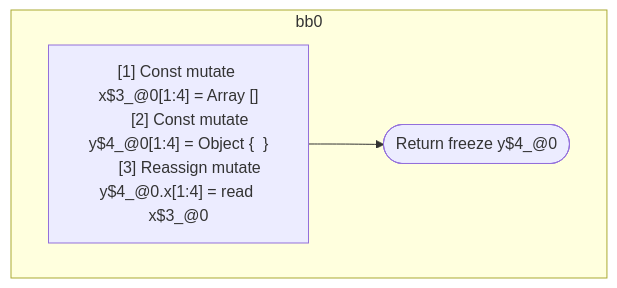
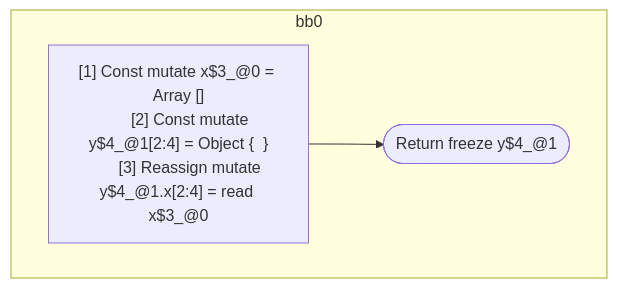
Before and after one commit to wutsmog/private: the diagram in compiler/forget/src/__tests__/fixtures/hir/ssa-property.expect.md, drawn with Mermaid. The commit also changed other lines of this file and 27 other files, not shown here.

````diff
--- a/compiler/forget/src/__tests__/fixtures/hir/ssa-property.expect.md
+++ b/compiler/forget/src/__tests__/fixtures/hir/ssa-property.expect.md
@@ -27,15 +28,15 @@
 ```mermaid
 flowchart TB
   %% Basic Blocks
   subgraph bb0
     bb0_instrs["
-      [1] Const mutate x$3_@0[1:4] = Array []
-      [2] Const mutate y$4_@0[1:4] = Object {  }
-      [3] Reassign mutate y$4_@0.x[1:4] = read x$3_@0
+      [1] Const mutate x$3_@0 = Array []
+      [2] Const mutate y$4_@1[2:4] = Object {  }
+      [3] Reassign mutate y$4_@1.x[2:4] = read x$3_@0
     "]
-    bb0_instrs --> bb0_terminal(["Return freeze y$4_@0"])
+    bb0_instrs --> bb0_terminal(["Return freeze y$4_@1"])
   end
 
   %% Jumps
   %% empty
 ```
````
